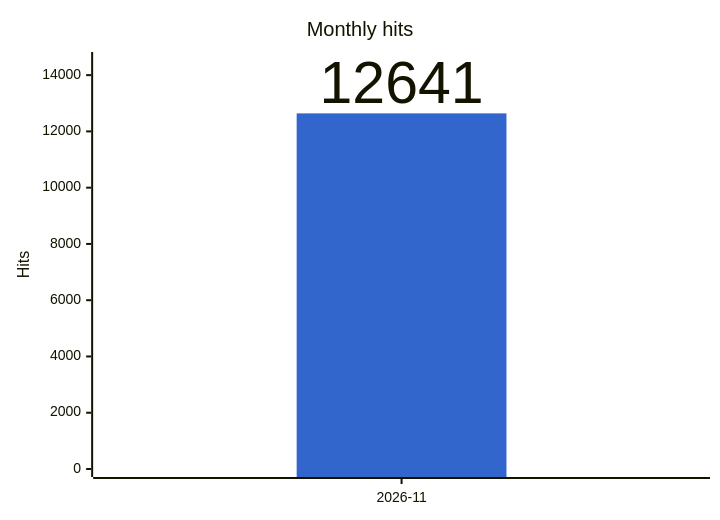
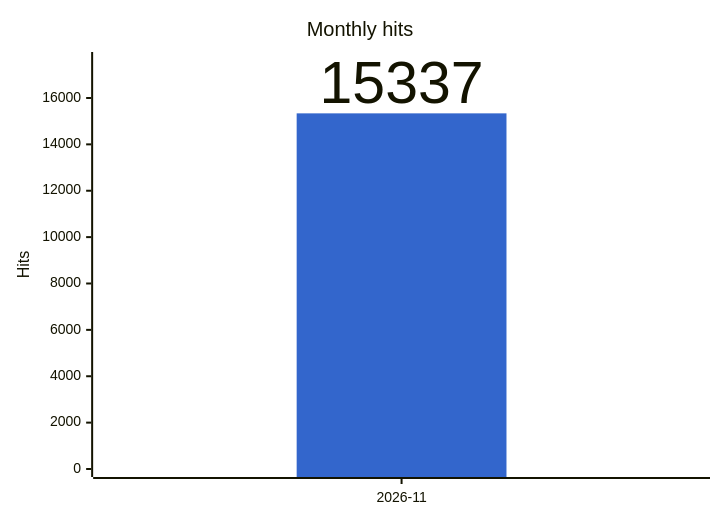
Before and after one commit to gmoulard/wikipedia2book: the fourth of 4 diagrams in docs/stats.md, drawn with Mermaid. The commit also changed other lines of this file and 3 other files, not shown here.

````diff
--- a/docs/stats.md
+++ b/docs/stats.md
@@ -54,8 +54,8 @@
 ```mermaid
 %%{init: {"xyChart": {"width": 700, "showDataLabel": true, "showDataLabelOutsideBar": true}, "themeVariables": {"xyChart": {"plotColorPalette": "#3366cc"}}}}%%
 xychart-beta
     title "Monthly hits"
     x-axis ["2026-11"]
-    y-axis "Hits" 0 --> 14538
-    bar [12641]
+    y-axis "Hits" 0 --> 17638
+    bar [15337]
 ```
````
